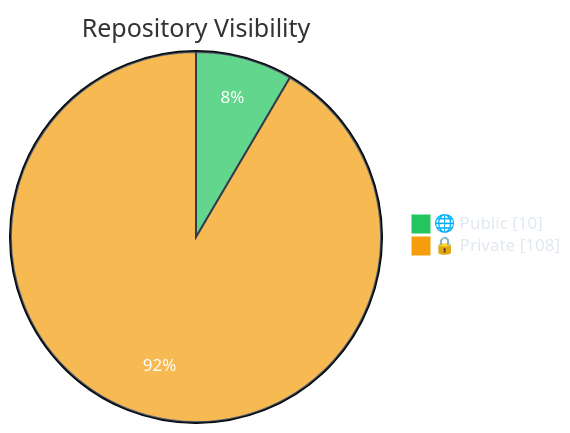
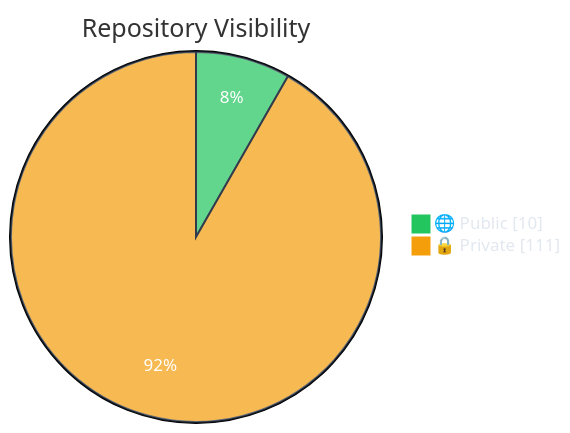
Before and after one commit to polo-nyan/polo-nyan: the first of 7 diagrams in README.md, drawn with Mermaid. The commit also changed other lines of this file and 1 other file, not shown here.

````diff
--- a/README.md
+++ b/README.md
@@ -83,7 +83,7 @@
 ```mermaid
 %%{init: {"theme": "base", "themeVariables": { "pie1": "#22c55e", "pie2": "#f59e0b", "pie3": "#3b82f6", "pie4": "#ec4899", "pieTextColor": "#ffffff", "pieLegendTextColor": "#e2e8f0", "pieSectionTextColor": "#ffffff", "pieStrokeColor": "#1e293b" }}}%%
 pie showData
     title Repository Visibility
     "🌐 Public" : 10
-    "🔒 Private" : 108
+    "🔒 Private" : 111
 ```
````
